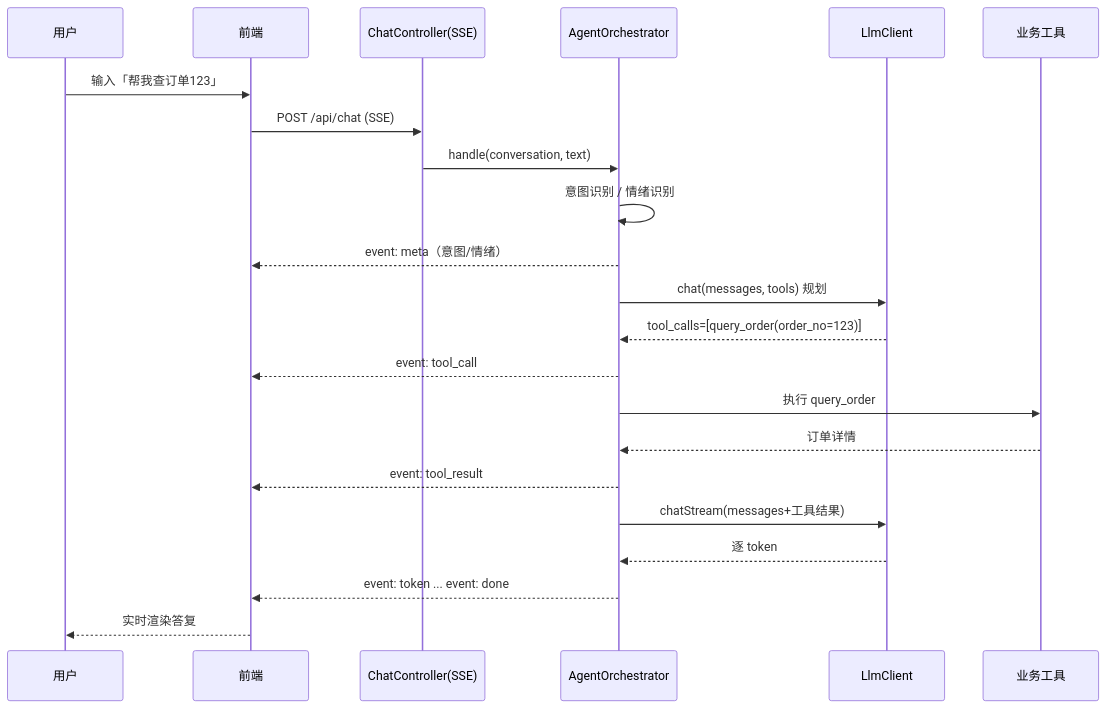
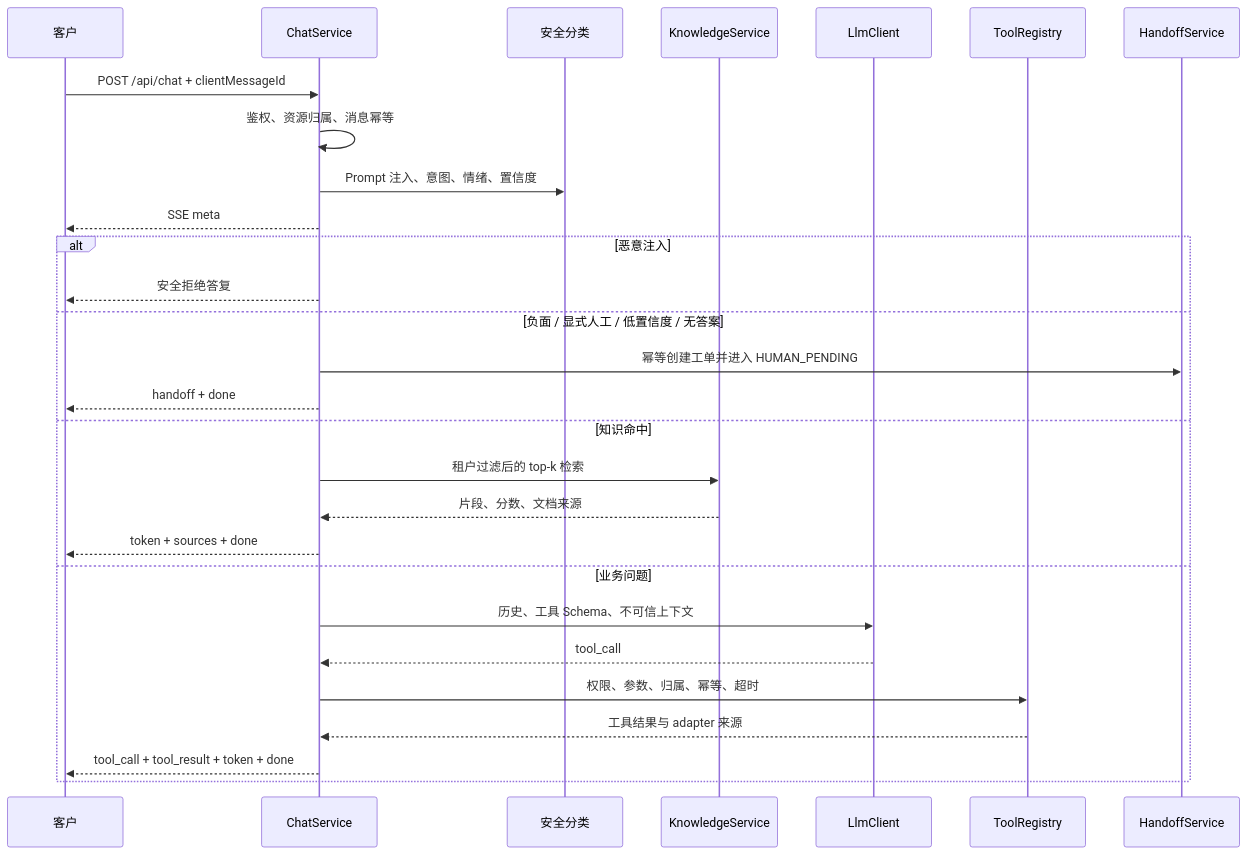
Before and after one commit to Hou-mingyuan/ai-service-agent: the second of 4 diagrams in docs/architecture.md, drawn with Mermaid. The commit also changed other lines of this file and 202 other files, not shown here.

Commit message:
complete AI service agent v1

````diff
--- a/docs/architecture.md
+++ b/docs/architecture.md
@@ -43,25 +53,31 @@
 ```mermaid
 sequenceDiagram
-    participant U as 用户
-    participant F as 前端
-    participant C as ChatController(SSE)
-    participant O as AgentOrchestrator
-    participant L as LlmClient
-    participant T as 业务工具
+  participant U as 客户
+  participant S as ChatService
+  participant P as 安全分类
+  participant K as KnowledgeService
+  participant L as LlmClient
+  participant T as ToolRegistry
+  participant H as HandoffService
 
-    U->>F: 输入「帮我查订单123」
-    F->>C: POST /api/chat (SSE)
-    C->>O: handle(conversation, text)
-    O->>O: 意图识别 / 情绪识别
-    O-->>F: event: meta（意图/情绪）
-    O->>L: chat(messages, tools) 规划
-    L-->>O: tool_calls=[query_order(order_no=123)]
-    O-->>F: event: tool_call
-    O->>T: 执行 query_order
-    T-->>O: 订单详情
-    O-->>F: event: tool_result
-    O->>L: chatStream(messages+工具结果)
-    L-->>O: 逐 token
-    O-->>F: event: token ... event: done
-    F-->>U: 实时渲染答复
+  U->>S: POST /api/chat + clientMessageId
+  S->>S: 鉴权、资源归属、消息幂等
+  S->>P: Prompt 注入、意图、情绪、置信度
+  S-->>U: SSE meta
+  alt 恶意注入
+    S-->>U: 安全拒绝答复
+  else 负面 / 显式人工 / 低置信度 / 无答案
+    S->>H: 幂等创建工单并进入 HUMAN_PENDING
+    S-->>U: handoff + done
+  else 知识命中
+    S->>K: 租户过滤后的 top-k 检索
+    K-->>S: 片段、分数、文档来源
+    S-->>U: token + sources + done
+  else 业务问题
+    S->>L: 历史、工具 Schema、不可信上下文
+    L-->>S: tool_call
+    S->>T: 权限、参数、归属、幂等、超时
+    T-->>S: 工具结果与 adapter 来源
+    S-->>U: tool_call + tool_result + token + done
+  end
 ```
````
